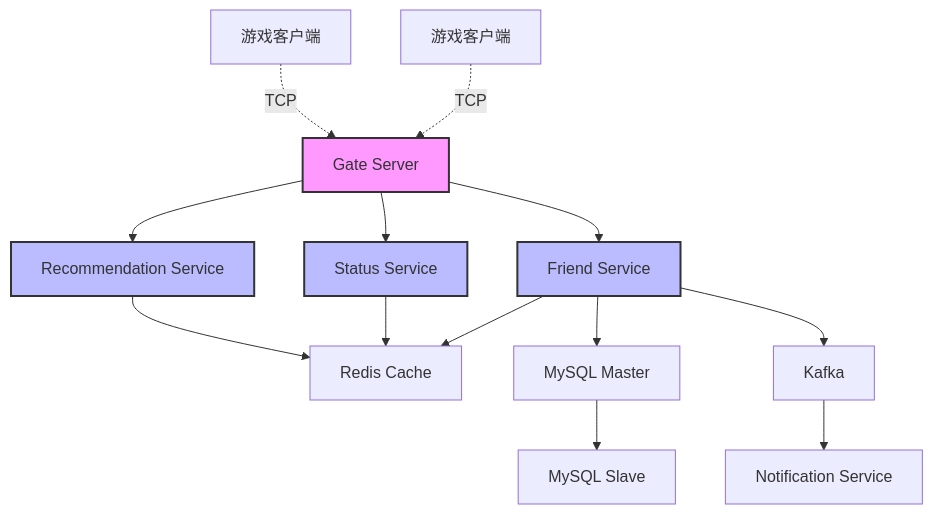
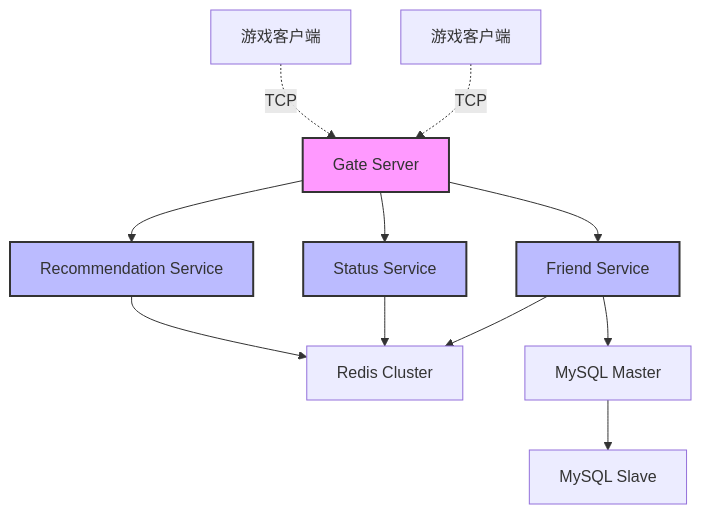
One commit to qing358/friend-module changed the first of 9 diagrams in demand.md. Above: the diagram before and after it, drawn with Mermaid. The commit also changed other lines of this file, not shown here.

````diff
--- a/demand.md
+++ b/demand.md
@@ -8,21 +8,21 @@
 ```mermaid
 graph TD
     A[Gate Server] --> B[Friend Service]
     A --> C[Status Service]
     A --> D[Recommendation Service]
-    B --> E[Redis Cache]
+    
+    B --> E[Redis Cluster]
     B --> F[MySQL Master]
     F --> G[MySQL Slave]
-    B --> H[Kafka]
+    
     C --> E
     D --> E
-    H --> I[Notification Service]
     
     Client1[游戏客户端] -.TCP.-> A
     Client2[游戏客户端] -.TCP.-> A
     
     style A fill:#f9f,stroke:#333,stroke-width:2px
     style B fill:#bbf,stroke:#333,stroke-width:2px
     style C fill:#bbf,stroke:#333,stroke-width:2px
     style D fill:#bbf,stroke:#333,stroke-width:2px
 ```
````
